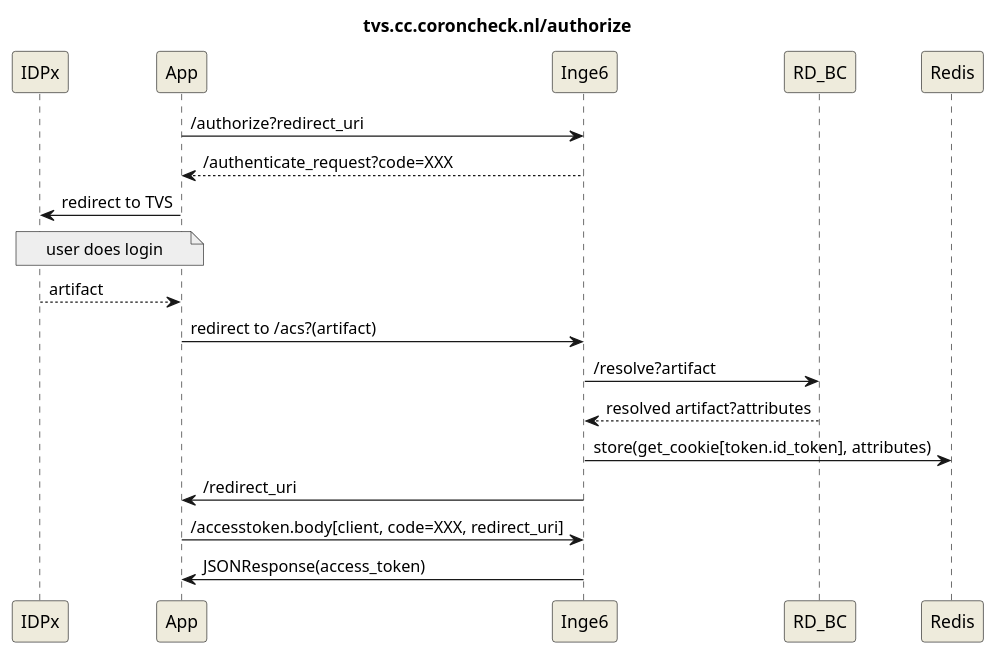
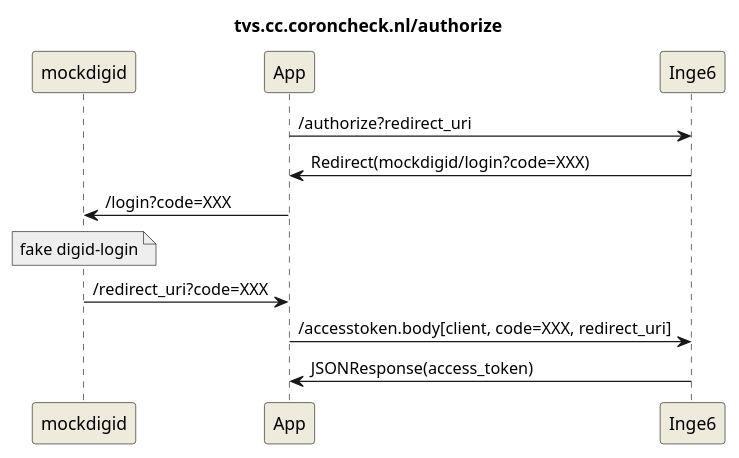
Before and after one commit to minvws/nl-rdo-max: the diagram in docs/tvs-oidc-puml.wsd, drawn with PlantUML. The commit also changed 3 other files, not shown here.

Commit message:
app devs happy flow

```diff
--- a/docs/tvs-oidc-puml.wsd
+++ b/docs/tvs-oidc-puml.wsd
@@ -1,37 +1,21 @@
 @startuml
 title tvs.cc.coroncheck.nl/authorize
 
 skinparam backgroundColor white
 skinparam participantBackgroundColor #EEEBDC
 skinparam noteBackgroundColor #EEE
 
-participant IDPx
+participant mockdigid
 participant App
 
 App->Inge6:/authorize?redirect_uri
-App<--Inge6:/authenticate_request?code=XXX
+Inge6->App:Redirect(mockdigid/login?code=XXX)
 
-App->IDPx:redirect to TVS
-note over App, IDPx:user does login
-IDPx-->App:artifact
-App->Inge6:redirect to /acs?(artifact)
+App->mockdigid:/login?code=XXX
+note over mockdigid: fake digid-login
 
-Inge6->RD_BC:/resolve?artifact
-Inge6<--RD_BC:resolved artifact?attributes
+mockdigid->App:/redirect_uri?code=XXX
 
-Inge6->Redis:store(get_cookie[token.id_token], attributes)
-
-Inge6->App:/redirect_uri
-
-' note over App, Inge6:client/app does login
 App->Inge6:/accesstoken.body[client, code=XXX, redirect_uri]
-
 Inge6->App:JSONResponse(access_token)
-
-' App->App:remember[access_token]
-' App->Inge6:/login-digid?at=access_token
-' Inge6->App:Redirect(/IDPx)
-
-' Inge6->App:/redirect_uri_fin
-' App->App:remember[access_token]
 @enduml
```
